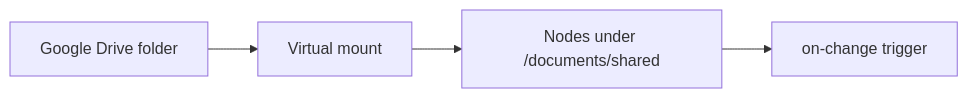
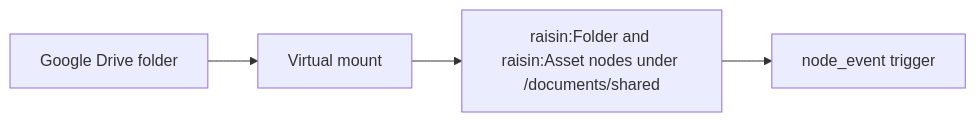
The diagram in docs/guides/integrations/sync-google-drive.md (maravilla-labs/raisindb-website), drawn with Mermaid before and after one commit. The commit also changed other lines of this file and 174 other files, not shown here.

````diff
--- a/docs/guides/integrations/sync-google-drive.md
+++ b/docs/guides/integrations/sync-google-drive.md
@@ -14,6 +14,6 @@
 ```mermaid
 flowchart LR
     D[Google Drive folder] --> M[Virtual mount]
-    M --> N["Nodes under /documents/shared"]
-    N --> T[on-change trigger]
+    M --> N["raisin:Folder and raisin:Asset nodes under /documents/shared"]
+    N --> T[node_event trigger]
 ```
````
